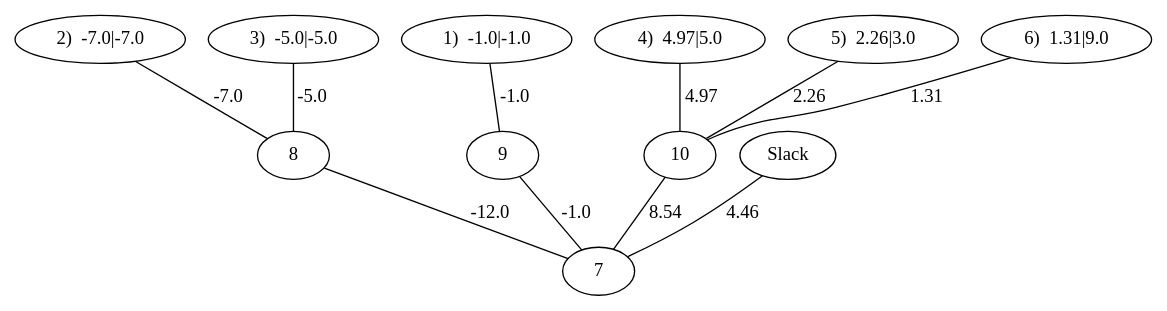
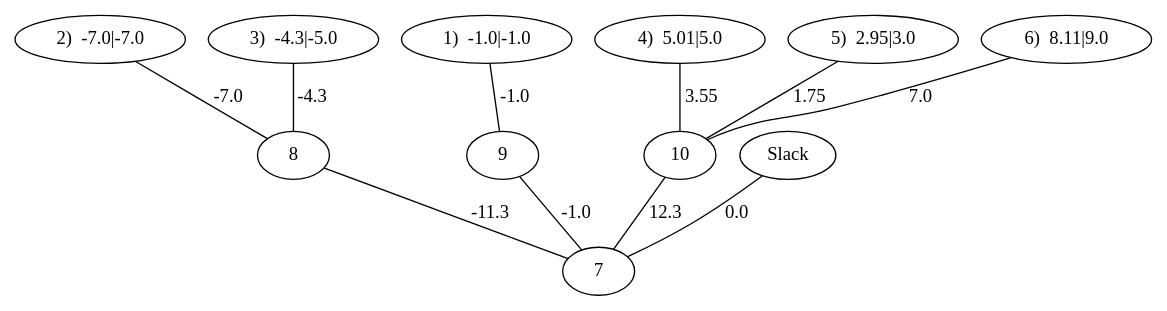
The diagram in energy-network/src/main/results/result-arbre6.dot (Aubret/energy-network), drawn with Graphviz before and after one commit. The commit also changed 21 other files, not shown here.

```diff
--- a/energy-network/src/main/results/result-arbre6.dot
+++ b/energy-network/src/main/results/result-arbre6.dot
@@ -1,23 +1,23 @@
 strict graph G {
   7 [ label="7" ];
   8 [ label="8" ];
   2 [ label="2)  -7.0|-7.0" ];
-  3 [ label="3)  -5.0|-5.0" ];
+  3 [ label="3)  -4.3|-5.0" ];
   9 [ label="9" ];
   1 [ label="1)  -1.0|-1.0" ];
   10 [ label="10" ];
-  4 [ label="4)  4.97|5.0" ];
-  5 [ label="5)  2.26|3.0" ];
-  6 [ label="6)  1.31|9.0" ];
+  4 [ label="4)  5.01|5.0" ];
+  5 [ label="5)  2.95|3.0" ];
+  6 [ label="6)  8.11|9.0" ];
   0 [ label="Slack" ];
-  8 -- 7 [ label="-12.0" ];
+  8 -- 7 [ label="-11.3" ];
   2 -- 8 [ label="-7.0" ];
-  3 -- 8 [ label="-5.0" ];
+  3 -- 8 [ label="-4.3" ];
   9 -- 7 [ label="-1.0" ];
   1 -- 9 [ label="-1.0" ];
-  10 -- 7 [ label="8.54" ];
-  4 -- 10 [ label="4.97" ];
-  5 -- 10 [ label="2.26" ];
-  6 -- 10 [ label="1.31" ];
-  0 -- 7 [ label="4.46" ];
+  10 -- 7 [ label="12.3" ];
+  4 -- 10 [ label="3.55" ];
+  5 -- 10 [ label="1.75" ];
+  6 -- 10 [ label="7.0" ];
+  0 -- 7 [ label="0.0" ];
 }
```
